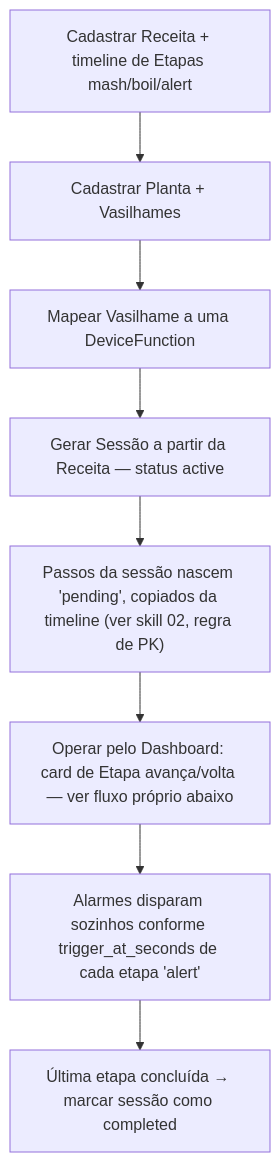
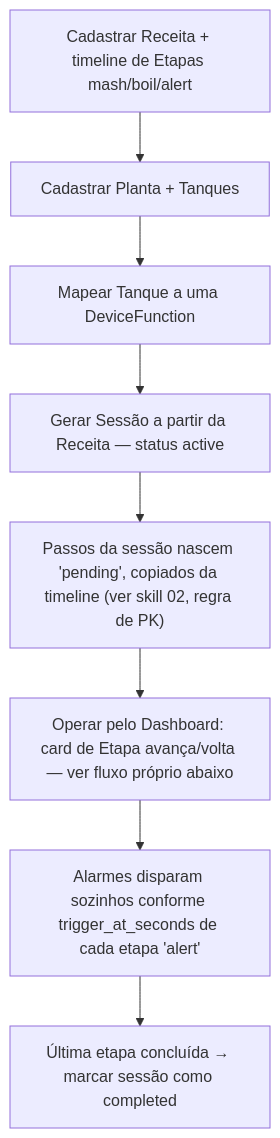
One commit to ChristopherNicolasSMM/Tesseract changed the first of 8 diagrams in addons/addon_brewstation/features/feature_mash_control/docs/technical/03-fluxos.md. Above: the diagram before and after it, drawn with Mermaid. The commit also changed other lines of this file and 23 other files, not shown here.

````diff
--- a/addons/addon_brewstation/features/feature_mash_control/docs/technical/03-fluxos.md
+++ b/addons/addon_brewstation/features/feature_mash_control/docs/technical/03-fluxos.md
@@ -5,10 +5,10 @@
 ```mermaid
 flowchart TD
-    A[Cadastrar Receita + timeline de Etapas mash/boil/alert] --> B[Cadastrar Planta + Vasilhames]
-    B --> C[Mapear Vasilhame a uma DeviceFunction]
+    A[Cadastrar Receita + timeline de Etapas mash/boil/alert] --> B[Cadastrar Planta + Tanques]
+    B --> C[Mapear Tanque a uma DeviceFunction]
     C --> D[Gerar Sessão a partir da Receita — status active]
     D --> E["Passos da sessão nascem 'pending', copiados da timeline (ver skill 02, regra de PK)"]
     E --> F[Operar pelo Dashboard: card de Etapa avança/volta — ver fluxo próprio abaixo]
     F --> G[Alarmes disparam sozinhos conforme trigger_at_seconds de cada etapa 'alert']
     G --> H[Última etapa concluída → marcar sessão como completed]
 ```
````
